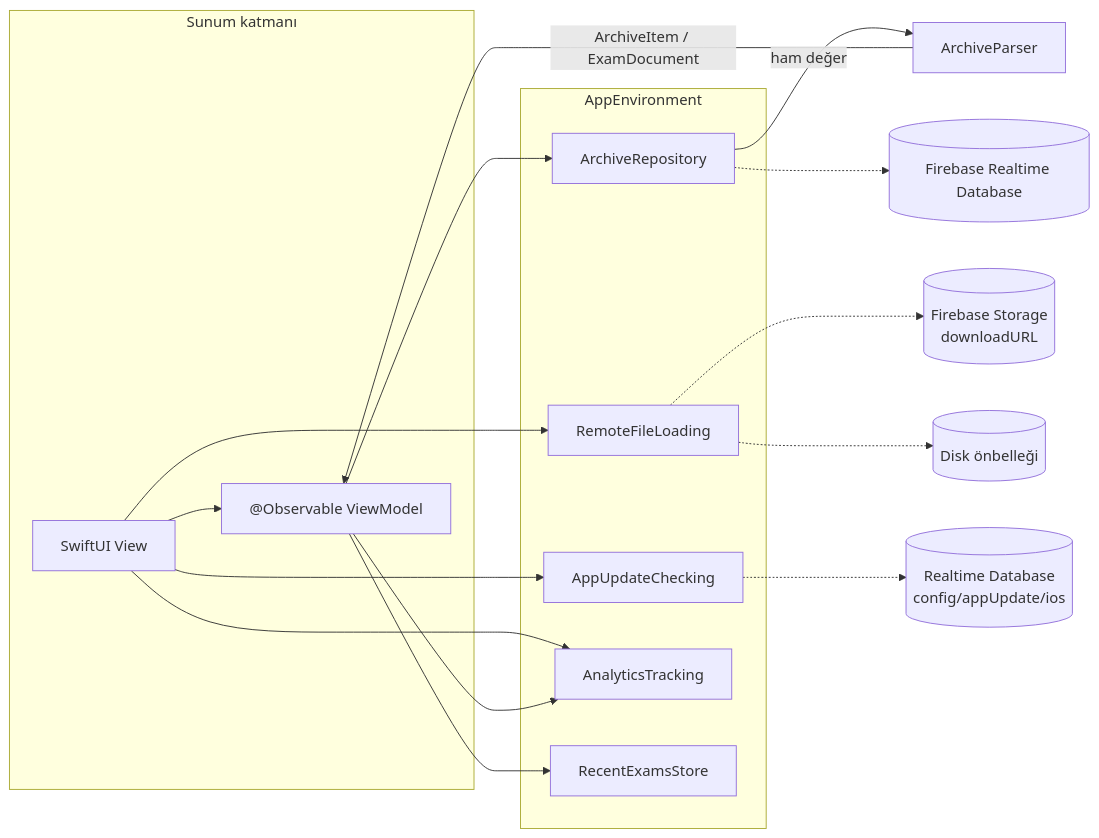
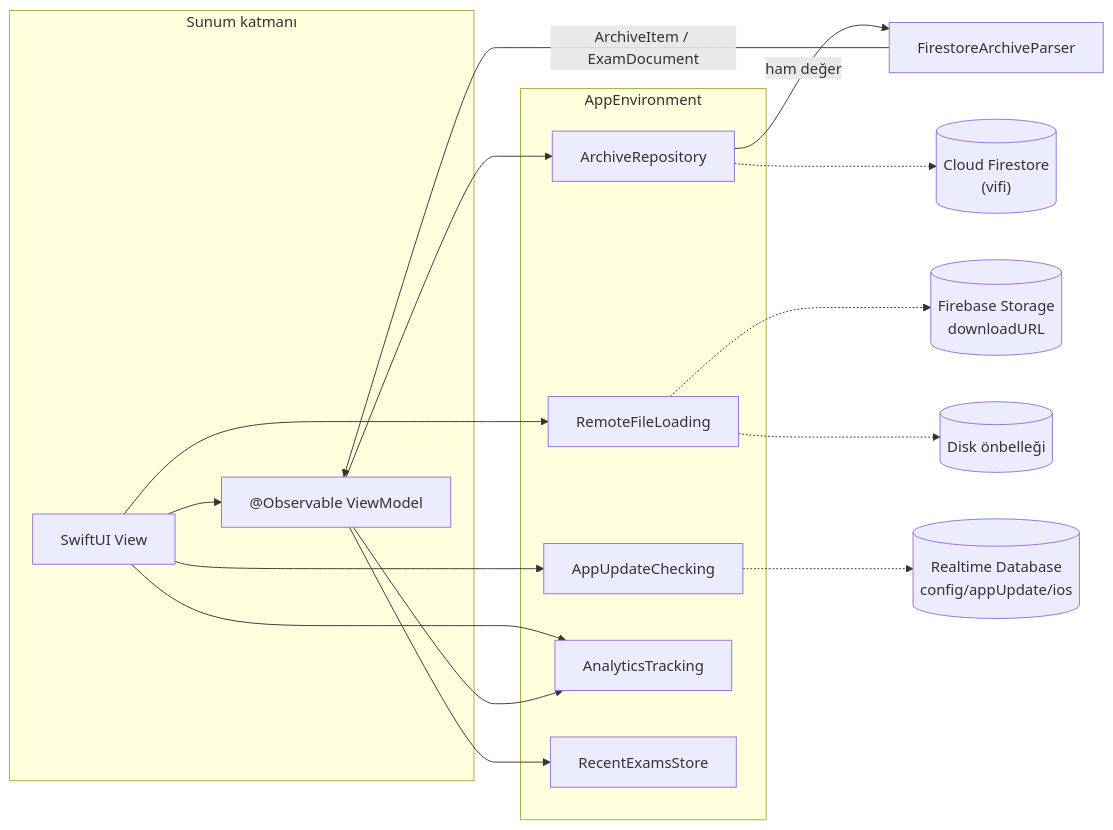
The diagram in README.md (emrebuyuker/ViFiIos), drawn with Mermaid before and after one commit. The commit also changed other lines of this file and 1 other file, not shown here.

First line of the commit message:
[docs] Note the archive now reads from Cloud Firestore

````diff
--- a/README.md
+++ b/README.md
@@ -82,20 +82,20 @@
 ```mermaid
 flowchart LR
     subgraph UI["Sunum katmanı"]
         V["SwiftUI View"] --> VM["@Observable ViewModel"]
     end
     subgraph DI["AppEnvironment"]
         R["ArchiveRepository"]
         F["RemoteFileLoading"]
         U["AppUpdateChecking"]
         A["AnalyticsTracking"]
         S["RecentExamsStore"]
     end
     V --> F & U & A
     VM --> R & S & A
-    R -->|"ham değer"| P["ArchiveParser"] -->|"ArchiveItem / ExamDocument"| VM
-    R -.-> DB[("Firebase Realtime Database")]
+    R -->|"ham değer"| P["FirestoreArchiveParser"] -->|"ArchiveItem / ExamDocument"| VM
+    R -.-> DB[("Cloud Firestore<br/>(vifi)")]
     F -.-> ST[("Firebase Storage<br/>downloadURL")]
     F -.-> C[("Disk önbelleği")]
     U -.-> CFG[("Realtime Database<br/>config/appUpdate/ios")]
 ```
````
